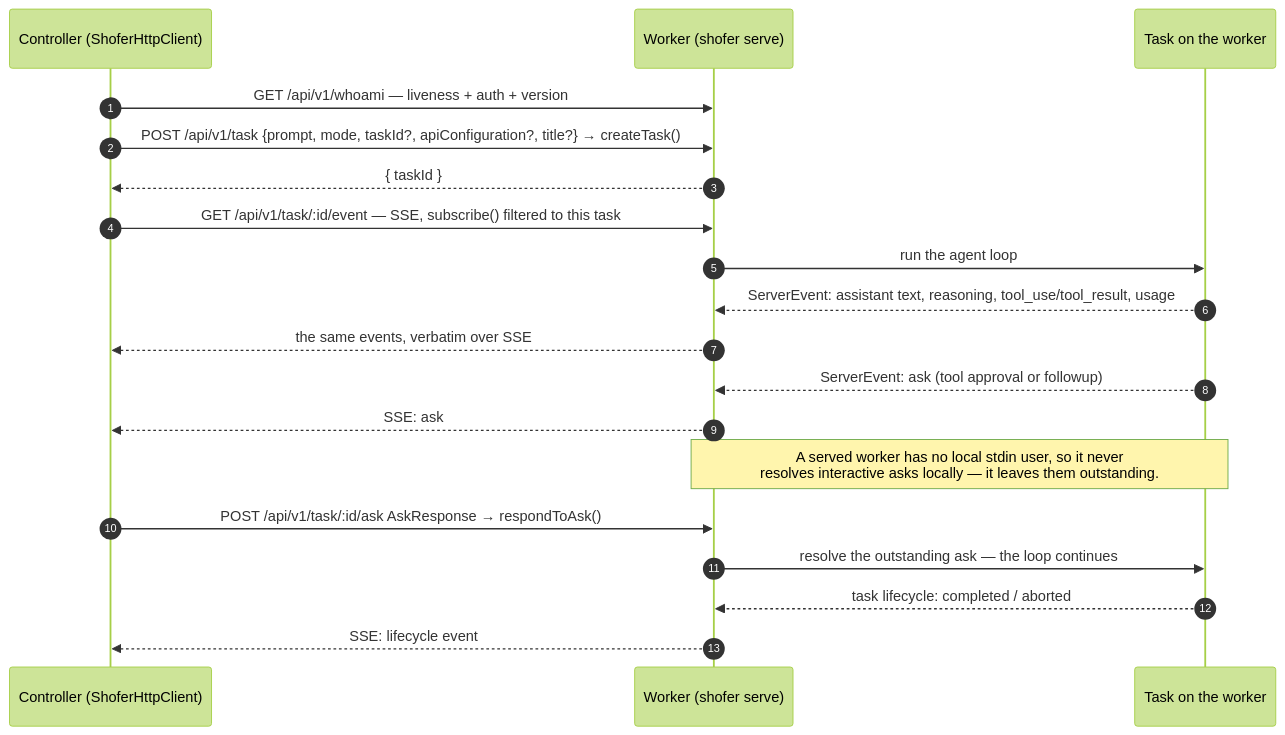
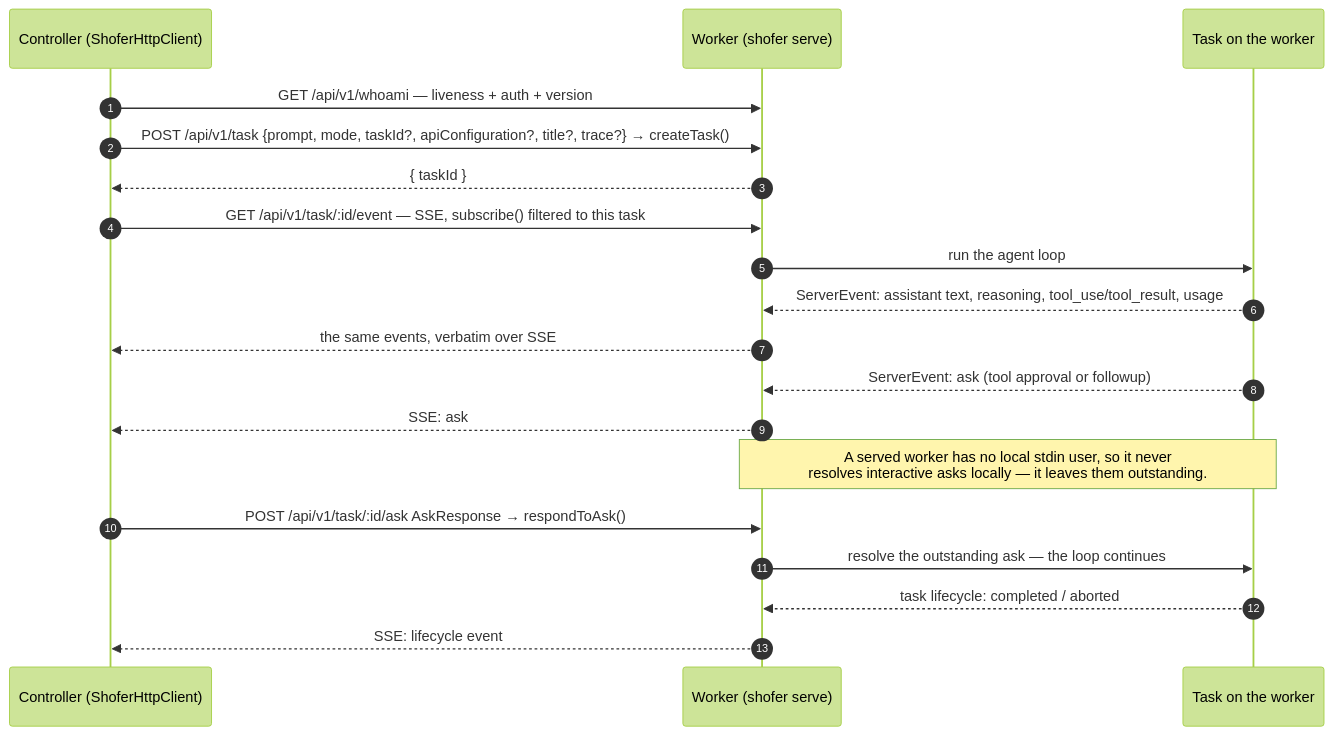
Before and after one commit to shofer-dev/shofer: the third of 8 diagrams in docs/shofer-api.md, drawn with Mermaid (forest theme). The commit also changed other lines of this file and 20 other files, not shown here.

````diff
--- a/docs/shofer-api.md
+++ b/docs/shofer-api.md
@@ -337,22 +338,22 @@
 ```mermaid
 sequenceDiagram
     autonumber
     participant C as Controller (ShoferHttpClient)
     participant N as Worker (shofer serve)
     participant T as Task on the worker
 
     C->>N: GET /api/v1/whoami — liveness + auth + version
-    C->>N: POST /api/v1/task {prompt, mode, taskId?, apiConfiguration?, title?} → createTask()
+    C->>N: POST /api/v1/task {prompt, mode, taskId?, apiConfiguration?, title?, trace?} → createTask()
     N-->>C: { taskId }
     C->>N: GET /api/v1/task/:id/event — SSE, subscribe() filtered to this task
     N->>T: run the agent loop
     T-->>N: ServerEvent: assistant text, reasoning, tool_use/tool_result, usage
     N-->>C: the same events, verbatim over SSE
     T-->>N: ServerEvent: ask (tool approval or followup)
     N-->>C: SSE: ask
     Note over N,T: A served worker has no local stdin user, so it never<br/>resolves interactive asks locally — it leaves them outstanding.
     C->>N: POST /api/v1/task/:id/ask AskResponse → respondToAsk()
     N->>T: resolve the outstanding ask — the loop continues
     T-->>N: task lifecycle: completed / aborted
     N-->>C: SSE: lifecycle event
 ```
````
